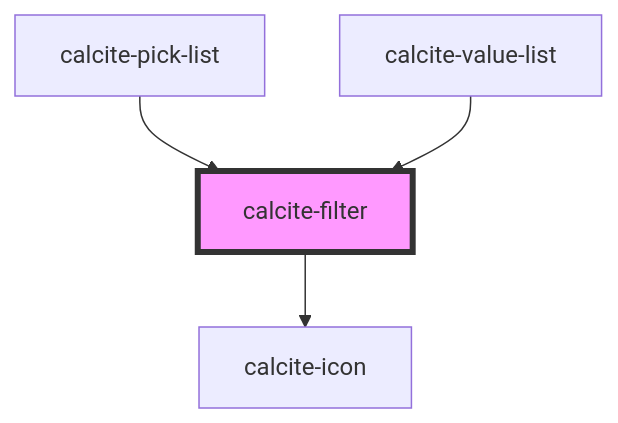
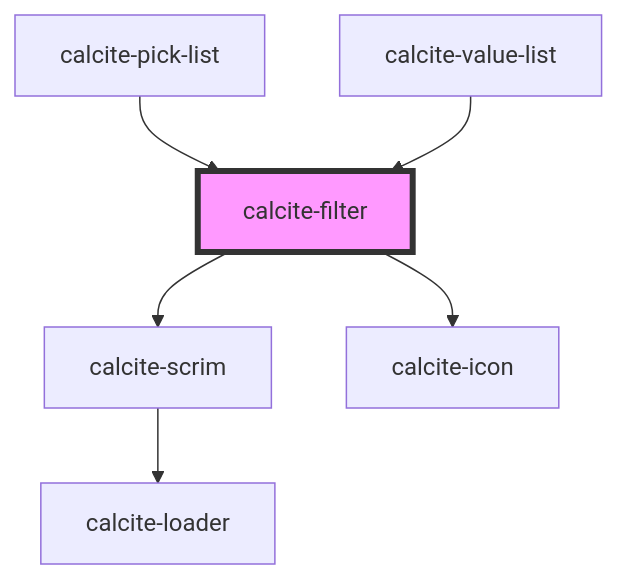
One commit to vikivakarvc/calcite-design-system changed the diagram in src/components/calcite-filter/readme.md. Above: the diagram before and after it, drawn with Mermaid. The commit also changed other lines of this file and 36 other files, not shown here.

````diff
--- a/src/components/calcite-filter/readme.md
+++ b/src/components/calcite-filter/readme.md
@@ -33,7 +45,9 @@
 ```mermaid
 graph TD;
+  calcite-filter --> calcite-scrim
   calcite-filter --> calcite-icon
+  calcite-scrim --> calcite-loader
   calcite-pick-list --> calcite-filter
   calcite-value-list --> calcite-filter
   style calcite-filter fill:#f9f,stroke:#333,stroke-width:4px
 ```
````
